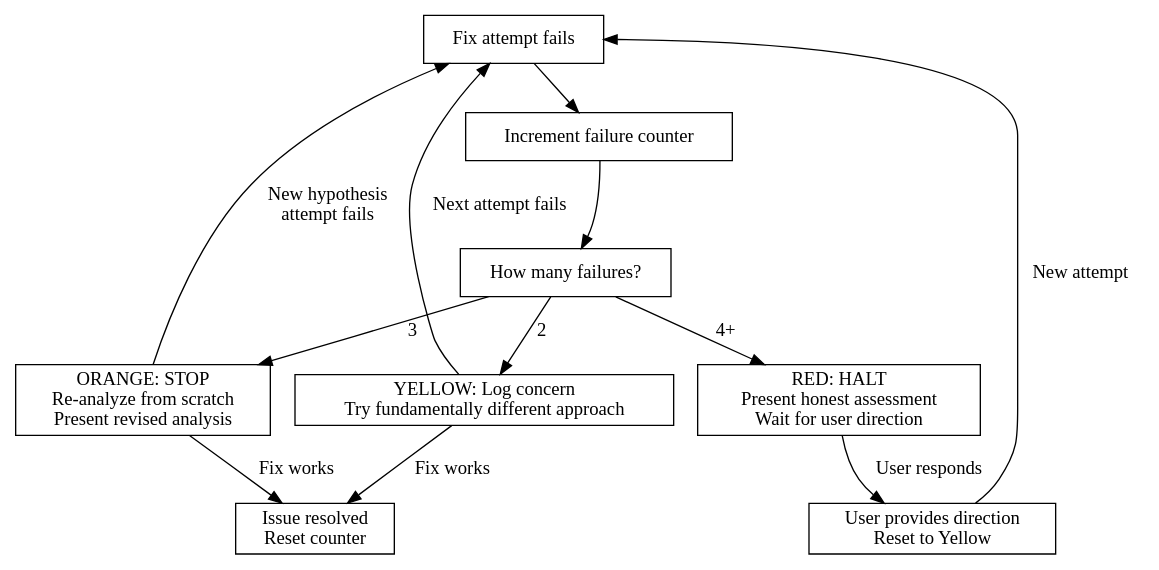
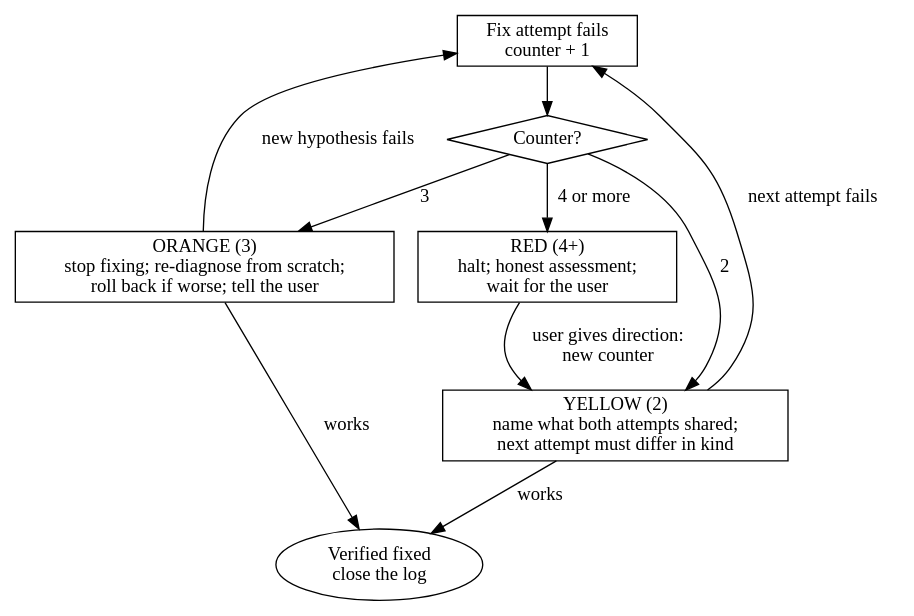
The diagram in skills/error-recovery/SKILL.md (NoobyGains/godmode), drawn with Graphviz before and after one commit. The commit also changed other lines of this file and 17 other files, not shown here.

````diff
--- a/skills/error-recovery/SKILL.md
+++ b/skills/error-recovery/SKILL.md
@@ -85,27 +55,22 @@
 ```dot
-digraph recovery {
-  rankdir=TB
-  node [shape=box]
+digraph ladder {
+    rankdir=TB;
+    node [shape=box];
+    fail [label="Fix attempt fails\ncounter + 1"];
+    level [label="Counter?", shape=diamond];
+    yellow [label="YELLOW (2)\nname what both attempts shared;\nnext attempt must differ in kind"];
+    orange [label="ORANGE (3)\nstop fixing; re-diagnose from scratch;\nroll back if worse; tell the user"];
+    red [label="RED (4+)\nhalt; honest assessment;\nwait for the user"];
+    done [label="Verified fixed\nclose the log", shape=ellipse];
 
-  start [label="Fix attempt fails"]
-  count [label="Increment failure counter"]
-  check [label="How many failures?"]
-  yellow [label="YELLOW: Log concern\nTry fundamentally different approach"]
-  orange [label="ORANGE: STOP\nRe-analyze from scratch\nPresent revised analysis"]
-  red [label="RED: HALT\nPresent honest assessment\nWait for user direction"]
-  resolved [label="Issue resolved\nReset counter"]
-  user [label="User provides direction\nReset to Yellow"]
-
-  start -> count
-  count -> check
-  check -> yellow [label="2"]
-  check -> orange [label="3"]
-  check -> red [label="4+"]
-  yellow -> start [label="Next attempt fails"]
-  yellow -> resolved [label="Fix works"]
-  orange -> start [label="New hypothesis\nattempt fails"]
-  orange -> resolved [label="Fix works"]
-  red -> user [label="User responds"]
-  user -> start [label="New attempt"]
+    fail -> level;
+    level -> yellow [label="2"];
+    level -> orange [label="3"];
+    level -> red [label="4 or more"];
+    yellow -> fail [label="next attempt fails"];
+    yellow -> done [label="works"];
+    orange -> fail [label="new hypothesis fails"];
+    orange -> done [label="works"];
+    red -> yellow [label="user gives direction:\nnew counter"];
 }
 ```
````
